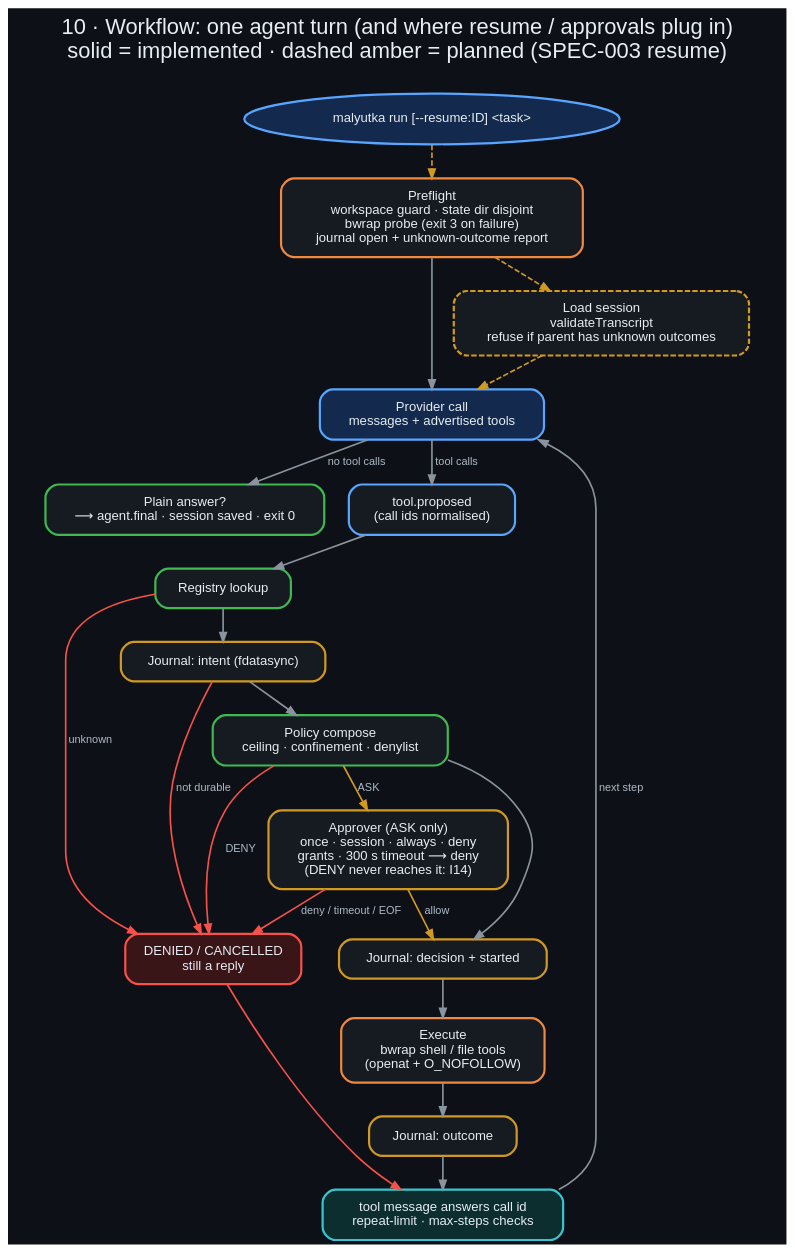
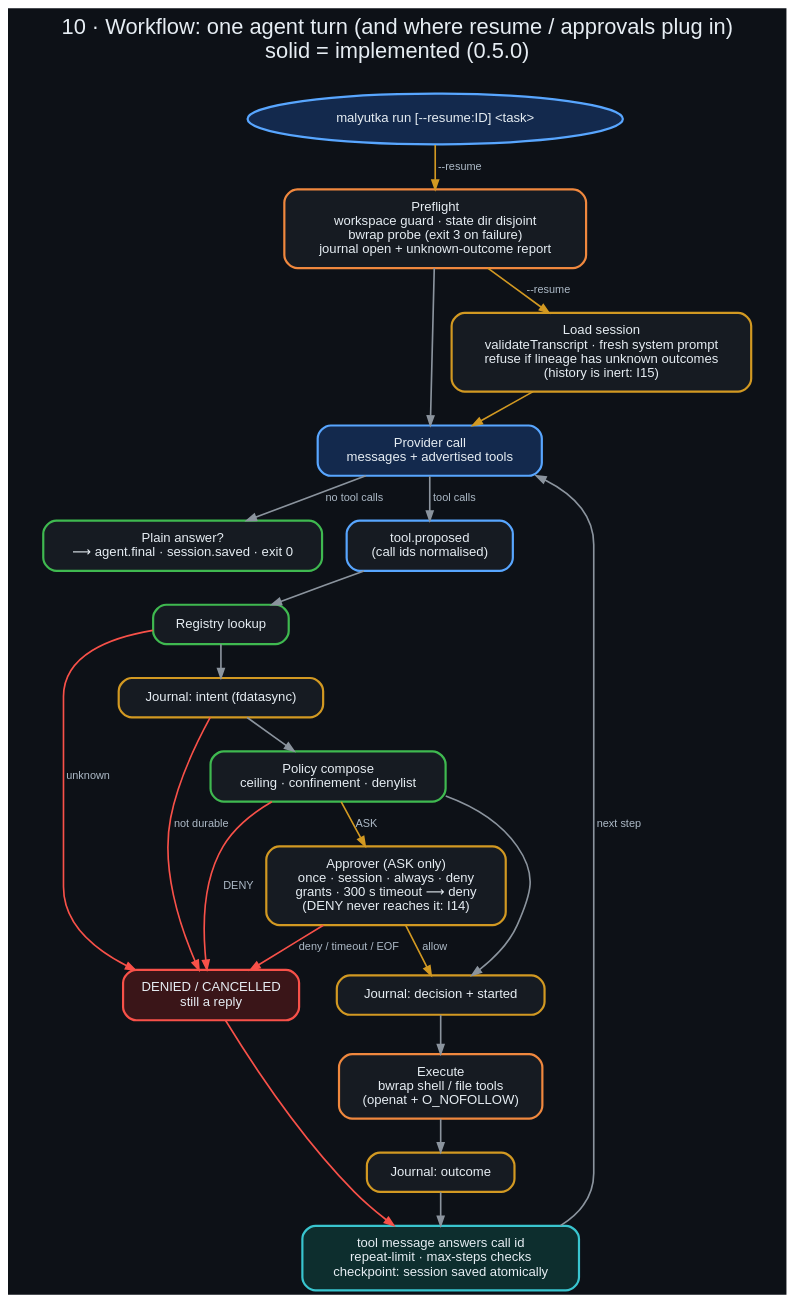
Before and after one commit to danindiana/malyutka: the diagram in docs/diagrams/10_workflow.dot, drawn with Graphviz. The commit also changed 37 other files, not shown here.

```diff
--- a/docs/diagrams/10_workflow.dot
+++ b/docs/diagrams/10_workflow.dot
@@ -1,37 +1,37 @@
 digraph workflow {
     graph [bgcolor="#0d1117", fontname="Helvetica", fontcolor="#e6edf3", labelloc="t", fontsize=20, rankdir=TB,
-           label="10 · Workflow: one agent turn (and where resume / approvals plug in)\nsolid = implemented · dashed amber = planned (SPEC-003 resume)\n ", nodesep=0.3, ranksep=0.4];
+           label="10 · Workflow: one agent turn (and where resume / approvals plug in)\nsolid = implemented (0.5.0)\n ", nodesep=0.3, ranksep=0.4];
     node  [fontname="Helvetica", fontcolor="#e6edf3", color="#30363d", style="filled,rounded", shape=box, penwidth=2, margin="0.22,0.14", fillcolor="#161b22", fontsize=12];
     edge  [color="#8b949e", fontname="Helvetica", fontcolor="#adbac7", penwidth=1.5, arrowsize=0.85, fontsize=10];
 
     start [label="malyutka run [--resume:ID] <task>", shape=oval, color="#58a6ff", fillcolor="#13294d"];
     probe [label="Preflight\nworkspace guard · state dir disjoint\nbwrap probe (exit 3 on failure)\njournal open + unknown-outcome report", color="#f0883e"];
-    resume [label="Load session\nvalidateTranscript\nrefuse if parent has unknown outcomes", color="#d29922", style="filled,rounded,dashed"];
+    resume [label="Load session\nvalidateTranscript · fresh system prompt\nrefuse if lineage has unknown outcomes\n(history is inert: I15)", color="#d29922"];
     ask_model [label="Provider call\nmessages + advertised tools", color="#58a6ff", fillcolor="#13294d"];
-    final [label="Plain answer?\n⟶ agent.final · session saved · exit 0", color="#3fb950"];
+    final [label="Plain answer?\n⟶ agent.final · session.saved · exit 0", color="#3fb950"];
     prop [label="tool.proposed\n(call ids normalised)", color="#58a6ff"];
     reg [label="Registry lookup", color="#3fb950"];
     j1 [label="Journal: intent (fdatasync)", color="#d29922"];
     pol [label="Policy compose\nceiling · confinement · denylist", color="#3fb950"];
     approver [label="Approver (ASK only)\nonce · session · always · deny\ngrants · 300 s timeout ⟶ deny\n(DENY never reaches it: I14)", color="#d29922"];
     j2 [label="Journal: decision + started", color="#d29922"];
     exec [label="Execute\nbwrap shell / file tools\n(openat + O_NOFOLLOW)", color="#f0883e"];
     j3 [label="Journal: outcome", color="#d29922"];
-    obs [label="tool message answers call id\nrepeat-limit · max-steps checks", color="#39c5cf", fillcolor="#0d2e2e"];
+    obs [label="tool message answers call id\nrepeat-limit · max-steps checks\ncheckpoint: session saved atomically", color="#39c5cf", fillcolor="#0d2e2e"];
     deny [label="DENIED / CANCELLED\nstill a reply", color="#f85149", fillcolor="#3a1518"];
 
-    start -> probe -> resume [style=dashed, color="#d29922"];
+    start -> probe -> resume [color="#d29922", label="--resume"];
     probe -> ask_model;
-    resume -> ask_model [style=dashed, color="#d29922"];
+    resume -> ask_model [color="#d29922"];
     ask_model -> final [label="no tool calls"];
     ask_model -> prop [label="tool calls"];
     prop -> reg -> j1 -> pol -> j2 -> exec -> j3 -> obs;
     obs -> ask_model [label="next step"];
     pol -> approver [label="ASK", color="#d29922"];
     approver -> j2 [label="allow", color="#d29922"];
     reg -> deny [label="unknown", color="#f85149"];
     j1 -> deny [label="not durable", color="#f85149"];
     pol -> deny [label="DENY", color="#f85149"];
     approver -> deny [label="deny / timeout / EOF", color="#f85149"];
     deny -> obs [color="#f85149"];
 }
```
